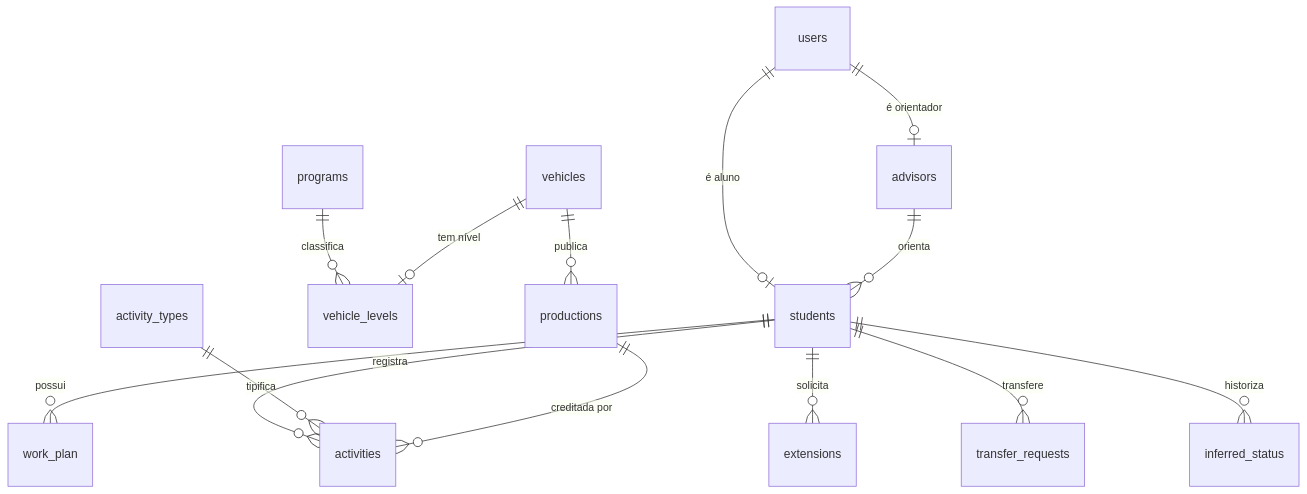
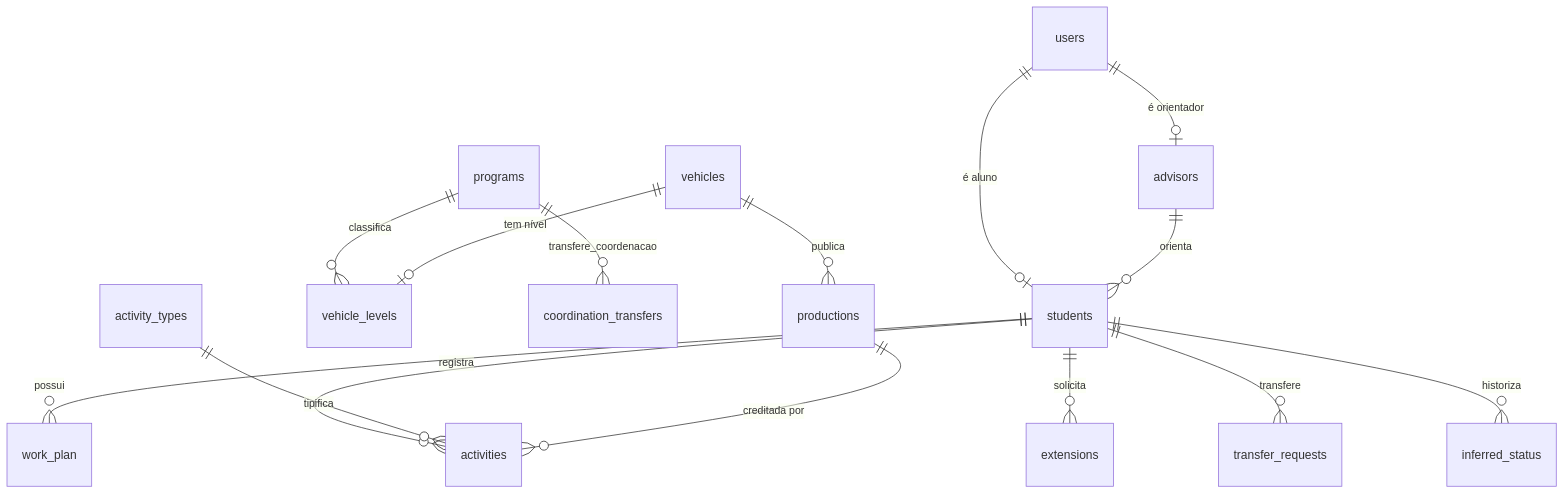
The first of 5 diagrams in docs/data-model.md (PPrauchner/SAGA-Sistema-de-Acompanhamento-e-Gestao-Academica), drawn with Mermaid before and after one commit. The commit also changed other lines of this file and 2 other files, not shown here.

Commit message:
docs: documenta transferencias de coordenacao

````diff
--- a/docs/data-model.md
+++ b/docs/data-model.md
@@ -55,16 +55,17 @@
 ```mermaid
 erDiagram
     users ||--o| students : "é aluno"
     users ||--o| advisors : "é orientador"
     advisors ||--o{ students : orienta
     programs ||--o{ vehicle_levels : classifica
     vehicles ||--o| vehicle_levels : "tem nível"
     students ||--o{ work_plan : possui
     students ||--o{ activities : registra
     students ||--o{ extensions : solicita
     students ||--o{ transfer_requests : transfere
     students ||--o{ inferred_status : historiza
+    programs ||--o{ coordination_transfers : transfere_coordenacao
     activity_types ||--o{ activities : tipifica
     productions ||--o{ activities : "creditada por"
     vehicles ||--o{ productions : publica
 ```
````
